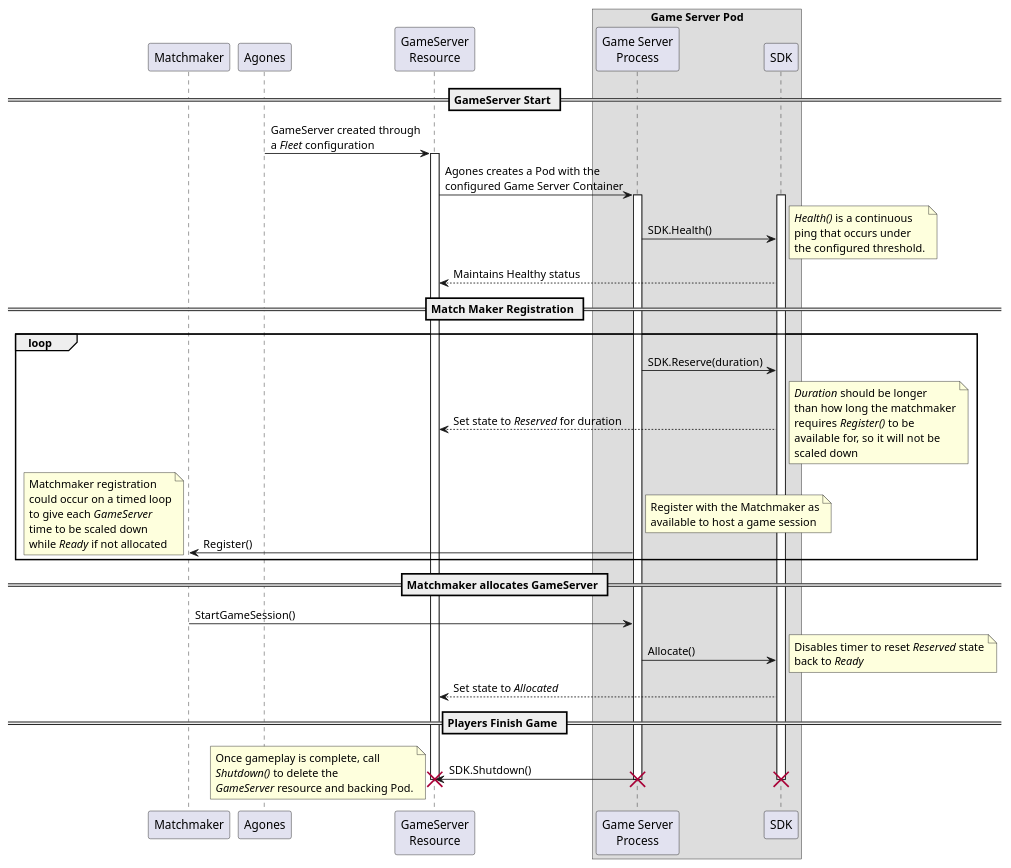
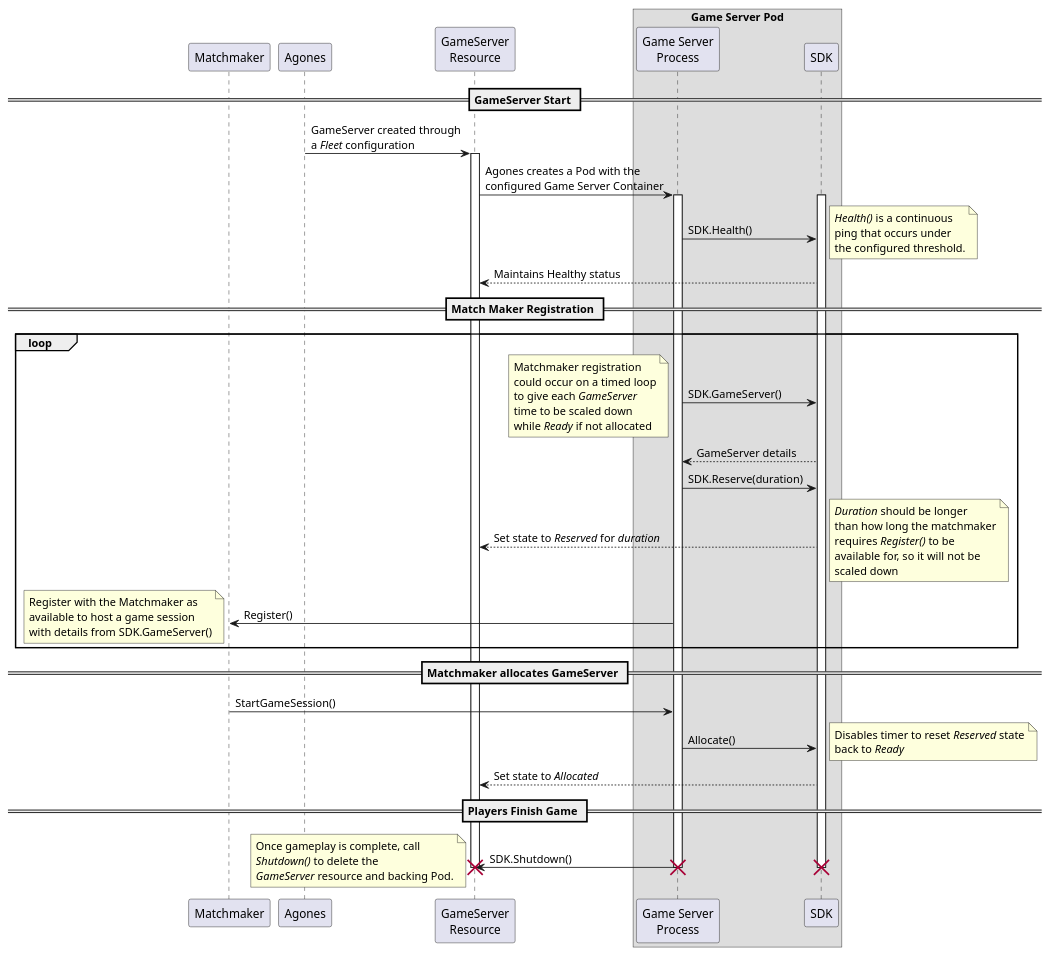
One commit to googleforgames/agones changed the diagram in site/static/diagrams/gameserver-reserved.puml. Above: the diagram before and after it, drawn with PlantUML. The commit also changed 1 other file, not shown here.

Commit message:
Add SDK.GameServer() to Matchmaking Registration Diagram
Added a section displaying where the information for registration
with a matchmaker comes from.

Enhancement for #976

```diff
--- a/site/static/diagrams/gameserver-reserved.puml
+++ b/site/static/diagrams/gameserver-reserved.puml
@@ -1,74 +1,76 @@
 @startuml
 participant Matchmaker
 participant Agones
 participant "Game Server\nProcess" as Binary
 participant "GameServer\nResource" as GameServer
 participant SDK
 box "Game Server Pod"
   participant Binary
   participant SDK
 end box
 
 == GameServer Start ==
 
 Agones -> GameServer: GameServer created through\na <i>Fleet</i> configuration
 activate GameServer
 GameServer -> Binary: Agones creates a Pod with the\nconfigured Game Server Container
 activate Binary
 activate SDK
 Binary -> SDK: SDK.Health()
 note right
   <i>Health()</i> is a continuous
   ping that occurs under
   the configured threshold.
 end note
 GameServer <-- SDK: Maintains Healthy status
 
 == Match Maker Registration ==
 group loop
+Binary -> SDK: SDK.GameServer()
+note left
+Matchmaker registration
+could occur on a timed loop
+to give each <i>GameServer</i>
+time to be scaled down
+while <i>Ready</i> if not allocated
+end note
+Binary <-- SDK: GameServer details
 Binary -> SDK: SDK.Reserve(duration)
-GameServer <-- SDK: Set state to <i>Reserved</i> for duration
+GameServer <-- SDK: Set state to <i>Reserved</i> for <i>duration</i>
 note right
   <i>Duration</i> should be longer
   than how long the matchmaker
   requires <i>Register()</i> to be
   available for, so it will not be
   scaled down
 end note
 Binary -> Matchmaker: Register()
-note right
+note left
   Register with the Matchmaker as
   available to host a game session
-end note
-note left
-Matchmaker registration
-could occur on a timed loop
-to give each <i>GameServer</i>
-time to be scaled down
-while <i>Ready</i> if not allocated
+  with details from SDK.GameServer()
 end note
 end
-
 
 == Matchmaker allocates GameServer ==
 Matchmaker -> Binary: StartGameSession()
 Binary -> SDK: Allocate()
 note right
 Disables timer to reset <i>Reserved</i> state
 back to <i>Ready</i>
 end note
 SDK --> GameServer: Set state to <i>Allocated</i>
 
 == Players Finish Game ==
 
 Binary -> GameServer: SDK.Shutdown()
 note left
 Once gameplay is complete, call
 <i>Shutdown()</i> to delete the
 <i>GameServer</i> resource and backing Pod.
 end note
 destroy Binary
 destroy SDK
 destroy GameServer
 
 @enduml
```
